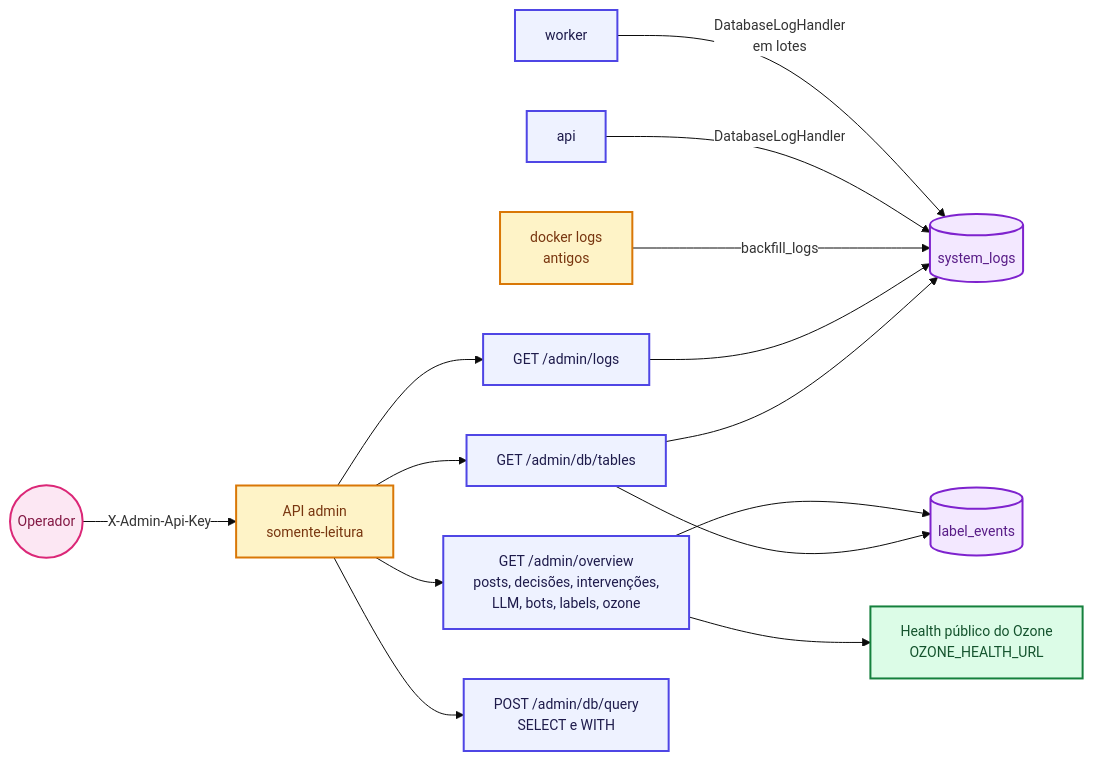
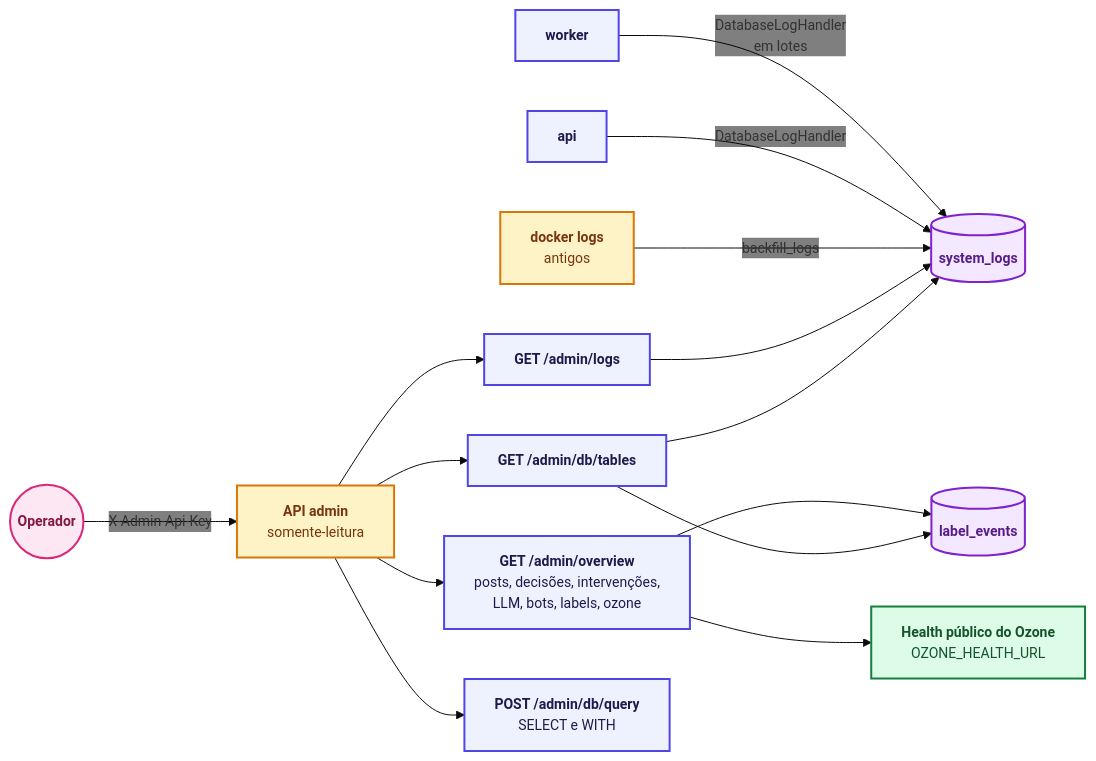
Diagram 11 of 11 in docs/arquitetura/mapa-do-sistema.md (moonshinerd/ContrarIA), drawn with Mermaid before and after one commit. The commit also changed other lines of this file and 3 other files, not shown here.

First line of the commit message:
docs: aprimora contraste dos diagramas mermaid no modo escuro e corrige admonitions

````diff
--- a/docs/arquitetura/mapa-do-sistema.md
+++ b/docs/arquitetura/mapa-do-sistema.md
@@ -574,24 +574,24 @@
 ```mermaid
-%%{init: {'theme': 'base', 'themeVariables': { 'fontSize': '14px', 'fontFamily': 'inherit', 'primaryColor': '#EEF2FF', 'edgeLabelBackground': '#FFFFFF', 'clusterBkg': '#F8FAFC', 'clusterBorder': '#CBD5E1' }}}%%
+%%{init: {'theme': 'base', 'themeVariables': { 'fontSize': '14px', 'fontFamily': 'inherit', 'clusterBkg': 'transparent', 'clusterBorder': '#64748B', 'edgeLabelBackground': 'transparent' }}}%%
 flowchart LR
     classDef ext fill:#F1F5F9,stroke:#64748B,stroke-width:2px,color:#0F172A
     classDef core fill:#EEF2FF,stroke:#4F46E5,stroke-width:2px,color:#1E1B4B
     classDef store fill:#F3E8FF,stroke:#7E22CE,stroke-width:2px,color:#581C87
     classDef guard fill:#FEF3C7,stroke:#D97706,stroke-width:2px,color:#78350F
     classDef human fill:#FCE7F3,stroke:#DB2777,stroke-width:2px,color:#831843
     classDef out fill:#DCFCE7,stroke:#15803D,stroke-width:2px,color:#14532D
 
-    WK["worker"]:::core -->|"DatabaseLogHandler<br/>em lotes"| SL[("system_logs")]:::store
-    AP["api"]:::core -->|"DatabaseLogHandler"| SL
-    DK["docker logs<br/>antigos"]:::guard -->|"backfill_logs"| SL
+    WK["<span style='color:#1E1B4B'><b>worker</b></span>"]:::core -->|"DatabaseLogHandler<br/>em lotes"| SL[("<span style='color:#581C87'><b>system_logs</b></span>")]:::store
+    AP["<span style='color:#1E1B4B'><b>api</b></span>"]:::core -->|"DatabaseLogHandler"| SL
+    DK["<span style='color:#78350F'><b>docker logs</b><br/>antigos</span>"]:::guard -->|"backfill_logs"| SL
 
-    OPS(("Operador")):::human -->|"X-Admin-Api-Key"| ADM["API admin<br/>somente-leitura"]:::guard
-    ADM --> OV["GET /admin/overview<br/>posts, decisões, intervenções,<br/>LLM, bots, labels, ozone"]:::core
-    ADM --> LG["GET /admin/logs"]:::core
-    ADM --> TB["GET /admin/db/tables"]:::core
-    ADM --> Q["POST /admin/db/query<br/>SELECT e WITH"]:::core
-    OV --> LE[("label_events")]:::store
-    OV --> OZH["Health público do Ozone<br/>OZONE_HEALTH_URL"]:::out
+    OPS(("<span style='color:#831843'><b>Operador</b></span>")):::human -->|"X-Admin-Api-Key"| ADM["<span style='color:#78350F'><b>API admin</b><br/>somente-leitura</span>"]:::guard
+    ADM --> OV["<span style='color:#1E1B4B'><b>GET /admin/overview</b><br/>posts, decisões, intervenções,<br/>LLM, bots, labels, ozone</span>"]:::core
+    ADM --> LG["<span style='color:#1E1B4B'><b>GET /admin/logs</b></span>"]:::core
+    ADM --> TB["<span style='color:#1E1B4B'><b>GET /admin/db/tables</b></span>"]:::core
+    ADM --> Q["<span style='color:#1E1B4B'><b>POST /admin/db/query</b><br/>SELECT e WITH</span>"]:::core
+    OV --> LE[("<span style='color:#581C87'><b>label_events</b></span>")]:::store
+    OV --> OZH["<span style='color:#14532D'><b>Health público do Ozone</b><br/>OZONE_HEALTH_URL</span>"]:::out
     LG --> SL
     TB --> SL & LE
 ```
````
